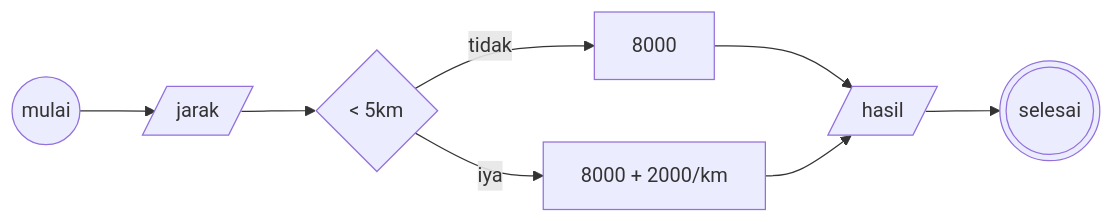
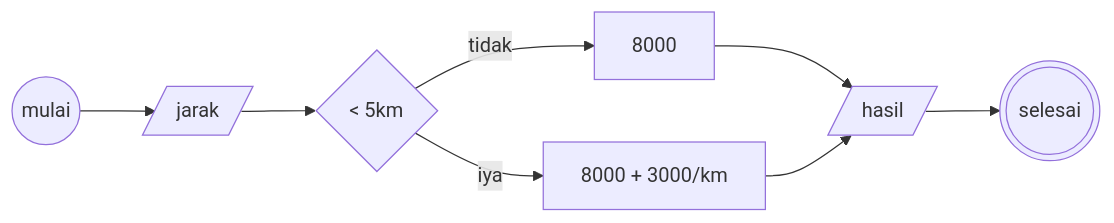
One commit to abdullah-fikri/koda-b4-algoritma changed the diagram in minitask8.md. Above: the diagram before and after it, drawn with Mermaid.

````diff
--- a/minitask8.md
+++ b/minitask8.md
@@ -3,10 +3,10 @@
 ```mermaid
 flowchart LR
 a@{ shape: circle, label: "mulai"} -->
 b@{ shape: lean-r, label: "jarak"} -->
 c@{ shape: diamond, label: "< 5km "} --tidak-->
 d@{ shape: rect , label: "8000"}--> f
-c --iya--> e@{ shape: rect , label: "8000 + 2000/km"}-->
+c --iya--> e@{ shape: rect , label: "8000 + 3000/km"}-->
 f@{ shape: lean-r , label: "hasil"} -->
 g@{ shape: dbl-circ , label: "selesai"}
 ```
````
